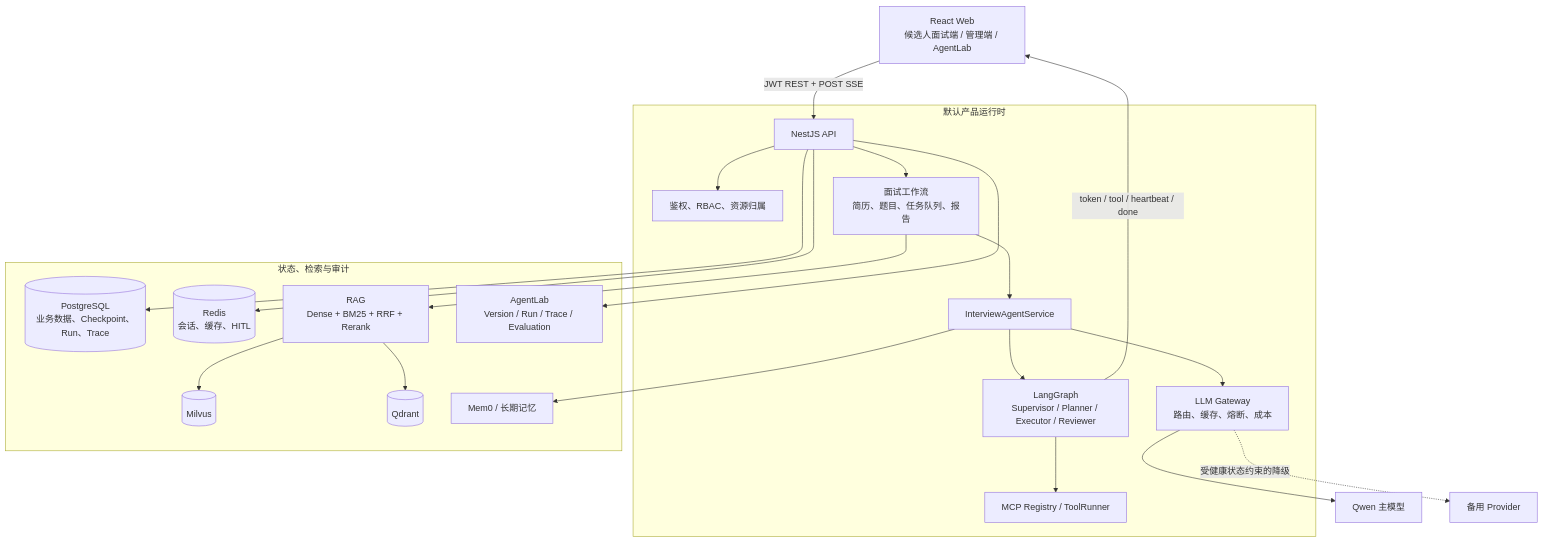
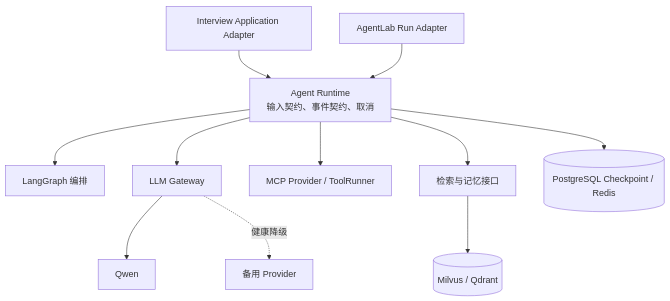
One commit to zhangjizhe/interview-agent changed the fourth of 4 diagrams in docs/PRODUCT_CONSTITUTION.md. Above: the diagram before and after it, drawn with Mermaid. The commit also changed other lines of this file, not shown here.

Commit message:
docs: clarify interview and agentlab boundaries

````diff
--- a/docs/PRODUCT_CONSTITUTION.md
+++ b/docs/PRODUCT_CONSTITUTION.md
@@ -32,27 +96,15 @@
 ```mermaid
 flowchart TB
-  Web[React Web\n候选人面试端 / 管理端 / AgentLab] -->|JWT REST + POST SSE| API[NestJS API]
+  InterviewAdapter[Interview Application Adapter] --> Runtime[Agent Runtime\n输入契约、事件契约、取消]
+  LabAdapter[AgentLab Run Adapter] --> Runtime
 
-  subgraph Runtime["默认产品运行时"]
-    API --> Auth[鉴权、RBAC、资源归属]
-    API --> Interview[面试工作流\n简历、题目、任务队列、报告]
-    Interview --> Agent[InterviewAgentService]
-    Agent --> Graph[LangGraph\nSupervisor / Planner / Executor / Reviewer]
-    Graph --> Tools[MCP Registry / ToolRunner]
-    Agent --> Gateway[LLM Gateway\n路由、缓存、熔断、成本]
-  end
+  Runtime --> Graph[LangGraph 编排]
+  Runtime --> Gateway[LLM Gateway]
+  Runtime --> Tools[MCP Provider / ToolRunner]
+  Runtime --> Retrieval[检索与记忆接口]
 
-  subgraph State["状态、检索与审计"]
-    API --> PG[(PostgreSQL\n业务数据、Checkpoint、Run、Trace)]
-    API --> Redis[(Redis\n会话、缓存、HITL)]
-    Interview --> RAG[RAG\nDense + BM25 + RRF + Rerank]
-    RAG --> Milvus[(Milvus)]
-    RAG --> Qdrant[(Qdrant)]
-    Agent --> Memory[Mem0 / 长期记忆]
-    API --> Lab[AgentLab\nVersion / Run / Trace / Evaluation]
-  end
-
-  Gateway --> Qwen[Qwen 主模型]
-  Gateway -.受健康状态约束的降级.-> Fallback[备用 Provider]
-  Graph -->|token / tool / heartbeat / done| Web
+  Gateway --> Qwen[Qwen]
+  Gateway -.健康降级.-> Fallback[备用 Provider]
+  Retrieval --> Vector[(Milvus / Qdrant)]
+  Runtime --> State[(PostgreSQL Checkpoint / Redis)]
 ```
````
